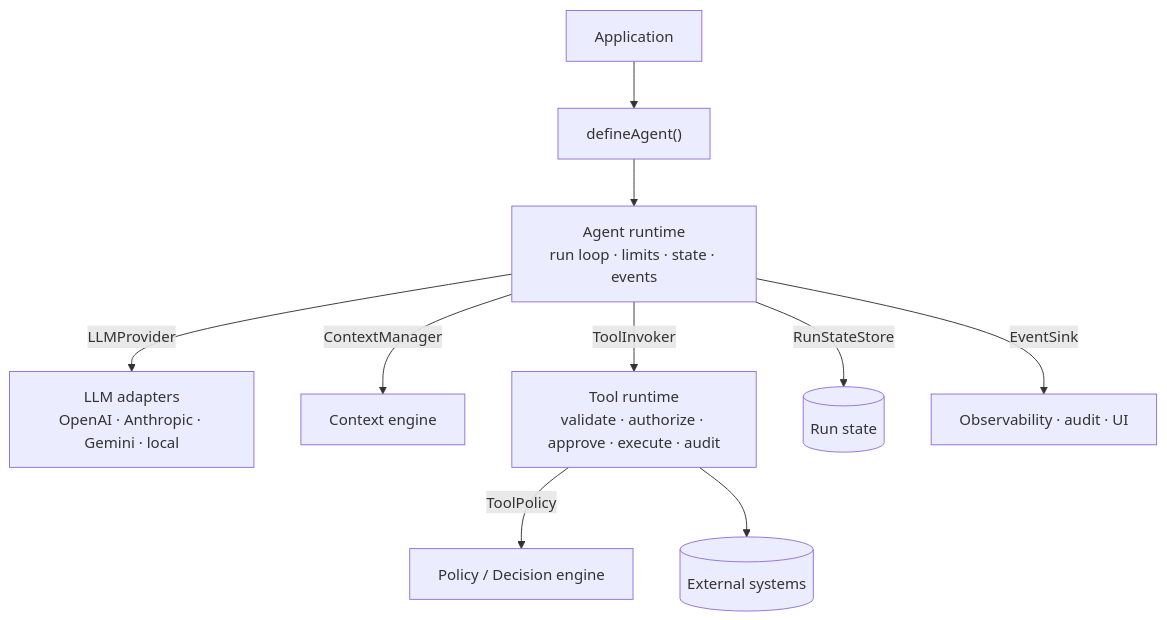
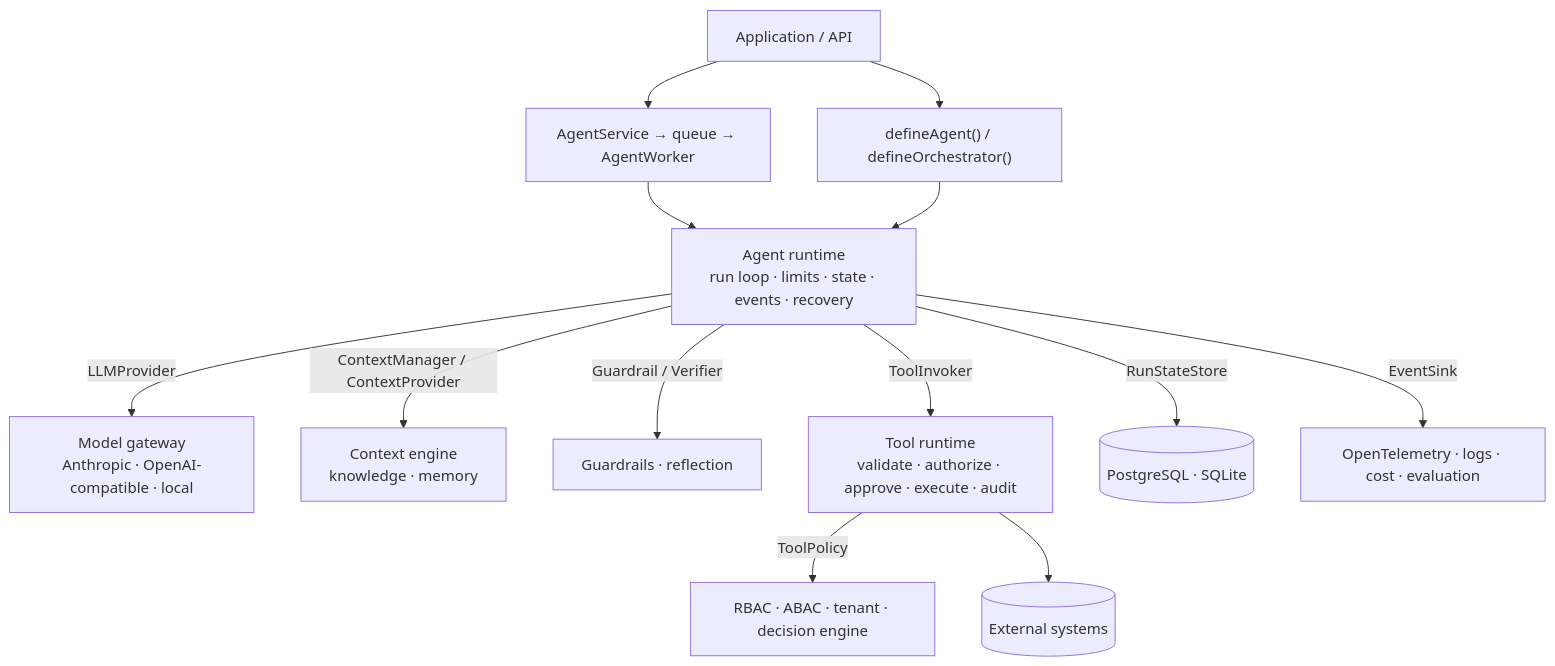
One commit to Abdelrahman-sadek/agents-framework changed the diagram in README.md. Above: the diagram before and after it, drawn with Mermaid. The commit also changed other lines of this file and 44 other files, not shown here.

````diff
--- a/README.md
+++ b/README.md
@@ -134,12 +142,15 @@
 ```mermaid
 flowchart TB
-    App[Application] --> Agent["defineAgent()"]
-    Agent --> Runtime["Agent runtime<br/>run loop · limits · state · events"]
-    Runtime -->|LLMProvider| LLM["LLM adapters<br/>OpenAI · Anthropic · Gemini · local"]
-    Runtime -->|ContextManager| Ctx[Context engine]
+    App[Application / API] --> Service["AgentService → queue → AgentWorker"]
+    App --> Agent["defineAgent() / defineOrchestrator()"]
+    Service --> Runtime
+    Agent --> Runtime["Agent runtime<br/>run loop · limits · state · events · recovery"]
+    Runtime -->|LLMProvider| LLM["Model gateway<br/>Anthropic · OpenAI-compatible · local"]
+    Runtime -->|ContextManager / ContextProvider| Ctx["Context engine<br/>knowledge · memory"]
+    Runtime -->|Guardrail / Verifier| Guard["Guardrails · reflection"]
     Runtime -->|ToolInvoker| Tools["Tool runtime<br/>validate · authorize · approve · execute · audit"]
-    Tools -->|ToolPolicy| Policy[Policy / Decision engine]
+    Tools -->|ToolPolicy| Policy["RBAC · ABAC · tenant · decision engine"]
     Tools --> Ext[(External systems)]
-    Runtime -->|RunStateStore| Store[(Run state)]
-    Runtime -->|EventSink| Obs[Observability · audit · UI]
+    Runtime -->|RunStateStore| Store[(PostgreSQL · SQLite)]
+    Runtime -->|EventSink| Obs["OpenTelemetry · logs · cost · evaluation"]
 ```
````
